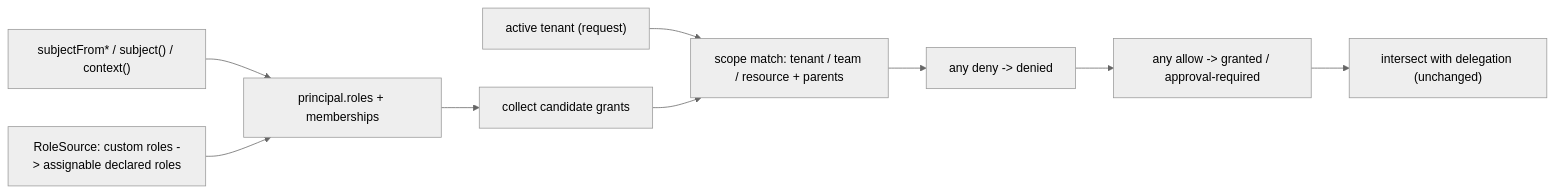
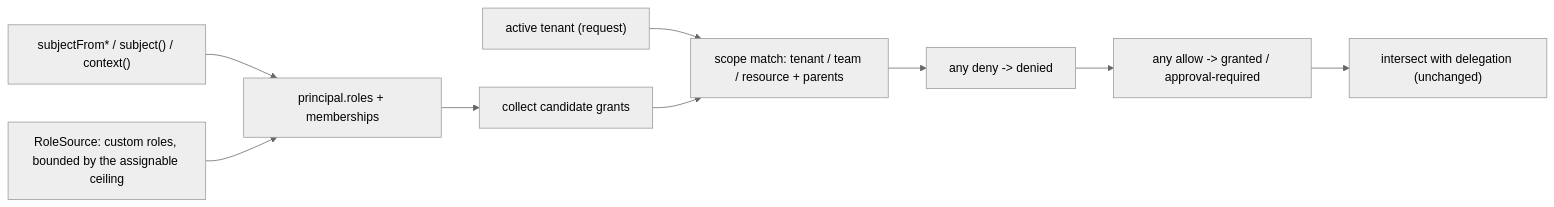
The diagram in apps/docs/content/docs/concepts/tenancy.mdx (ScaleDockHQ/permdock), drawn with Mermaid (neutral theme) before and after one commit. The commit also changed other lines of this file and 56 other files, not shown here.

First line of the commit message:
feat: permission-level custom roles bounded by a ceiling (#25)

````diff
--- a/apps/docs/content/docs/concepts/tenancy.mdx
+++ b/apps/docs/content/docs/concepts/tenancy.mdx
@@ -135,11 +135,11 @@
 ```mermaid
 flowchart LR
   Provider["subjectFrom* / subject() / context()"] --> Memberships["principal.roles + memberships"]
-  RoleSource["RoleSource: custom roles -> assignable declared roles"] --> Memberships
+  RoleSource["RoleSource: custom roles, bounded by the assignable ceiling"] --> Memberships
   Memberships --> Collect["collect candidate grants"]
   ActiveTenant["active tenant (request)"] --> Scope["scope match: tenant / team / resource + parents"]
   Collect --> Scope
   Scope --> Deny["any deny -> denied"]
   Deny --> Allow["any allow -> granted / approval-required"]
   Allow --> Delegation["intersect with delegation (unchanged)"]
 ```
````
